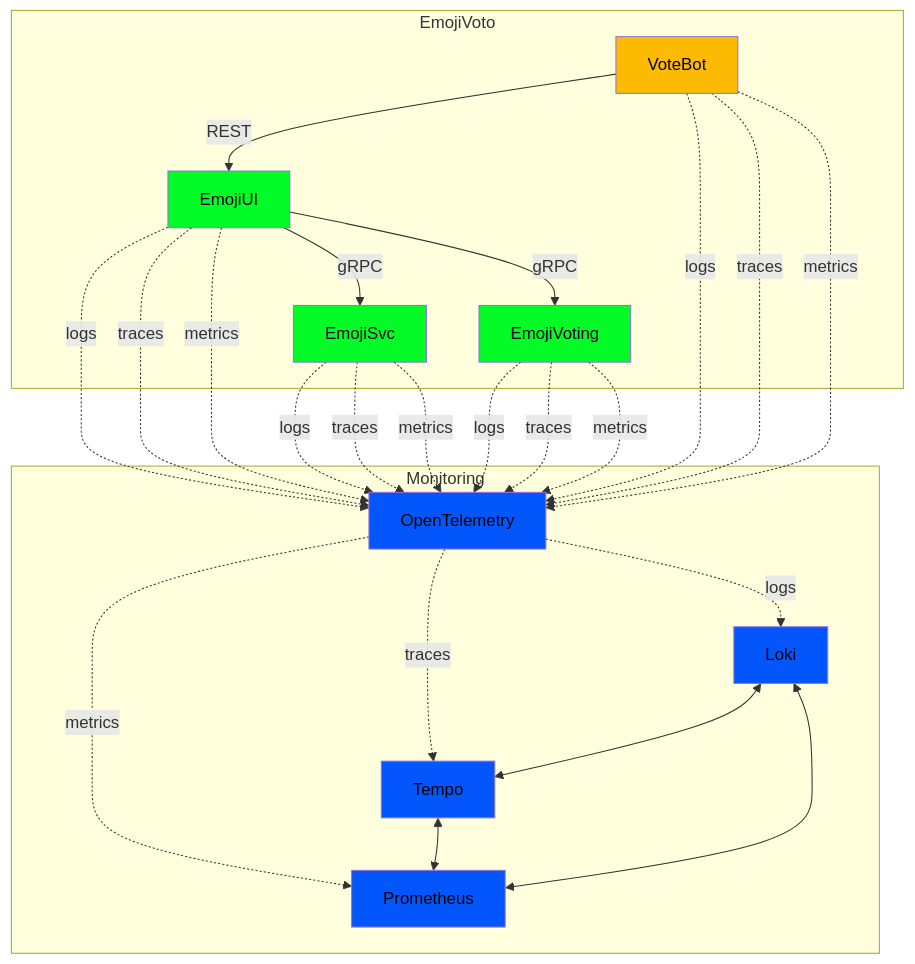
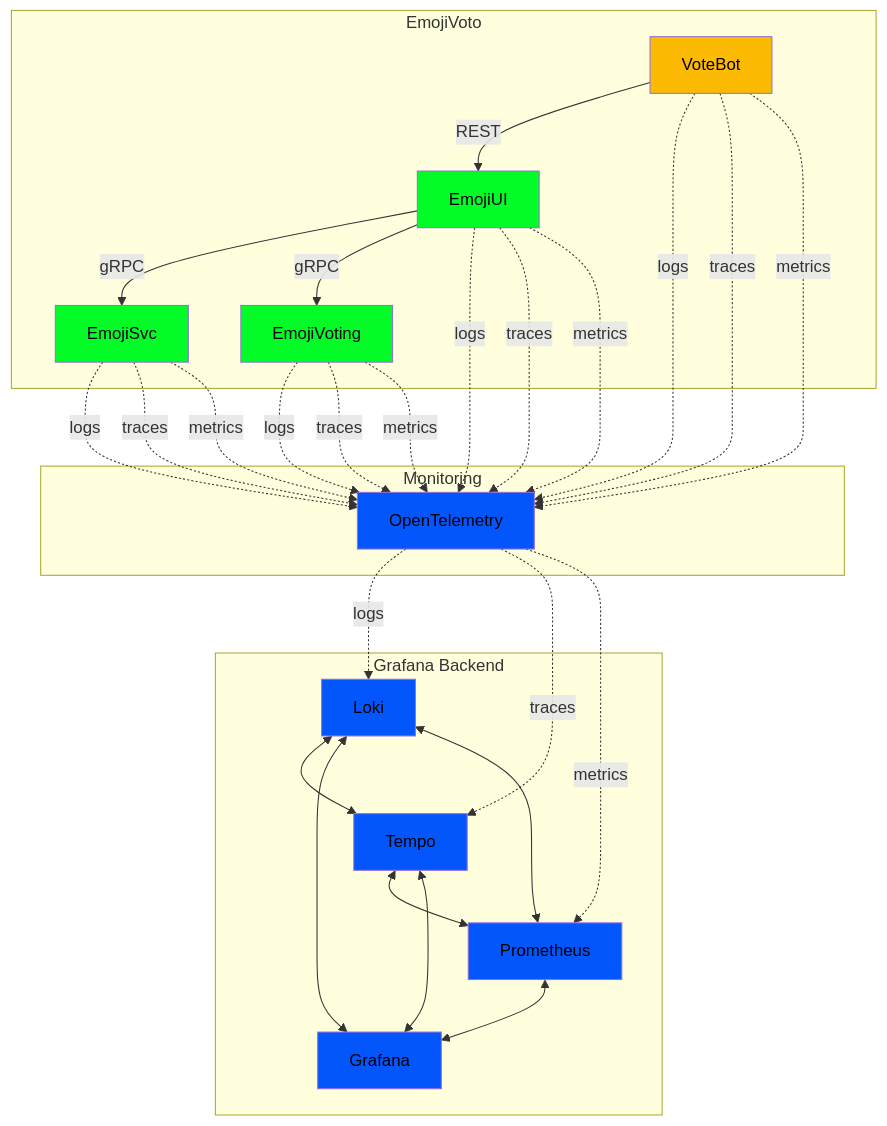
The fifth of 6 diagrams in README.md (bravecobra/emojivoto-dotnet), drawn with Mermaid before and after one commit. The commit also changed other lines of this file and 2 other files, not shown here.

Commit message:
Update grafana/tempo Docker tag to v2 (#118)
* Update grafana/tempo Docker tag to v2

* Updated tempo config

---------

````diff
--- a/README.md
+++ b/README.md
@@ -184,36 +187,43 @@
 ```mermaid
 graph TD;
   subgraph EmojiVoto
     VoteBot --REST--> EmojiUI
     EmojiUI --gRPC--> EmojiSvc
     EmojiUI --gRPC--> EmojiVoting
   end
     EmojiUI -.logs.-> OpenTelemetry;
     EmojiUI -.traces.-> OpenTelemetry;
     EmojiUI -.metrics.-> OpenTelemetry;
     EmojiSvc -.logs.-> OpenTelemetry;
     EmojiSvc -.traces.-> OpenTelemetry;
     EmojiSvc -.metrics.-> OpenTelemetry;
     EmojiVoting -.logs.-> OpenTelemetry;
     EmojiVoting -.traces.-> OpenTelemetry
     EmojiVoting -.metrics.-> OpenTelemetry
     VoteBot -.logs.-> OpenTelemetry
     VoteBot -.traces.-> OpenTelemetry
     VoteBot -.metrics.-> OpenTelemetry
+  subgraph Backend[Grafana Backend]
+    Loki <--> Tempo
+    Tempo <--> Prometheus
+    Prometheus <--> Loki
+    Loki <--> Grafana
+    Prometheus <--> Grafana
+    Tempo <--> Grafana
+  end
   subgraph Monitoring
     OpenTelemetry -.logs.-> Loki
     OpenTelemetry -.traces.-> Tempo
     OpenTelemetry -.metrics.-> Prometheus
-    Loki <--> Tempo
-    Tempo <--> Prometheus
-    Prometheus <--> Loki
   end
+
   style VoteBot fill:#fcba03,color:#000
   style EmojiUI fill:#03fc28,color:#000
   style EmojiSvc fill:#03fc28,color:#000
   style EmojiVoting fill:#03fc28,color:#000
   style OpenTelemetry fill:#0356fc,color:#000
   style Loki fill:#0356fc,color:#000
   style Tempo fill:#0356fc,color:#000
   style Prometheus fill:#0356fc,color:#000
+  style Grafana fill:#0356fc,color:#000
 ```
````
